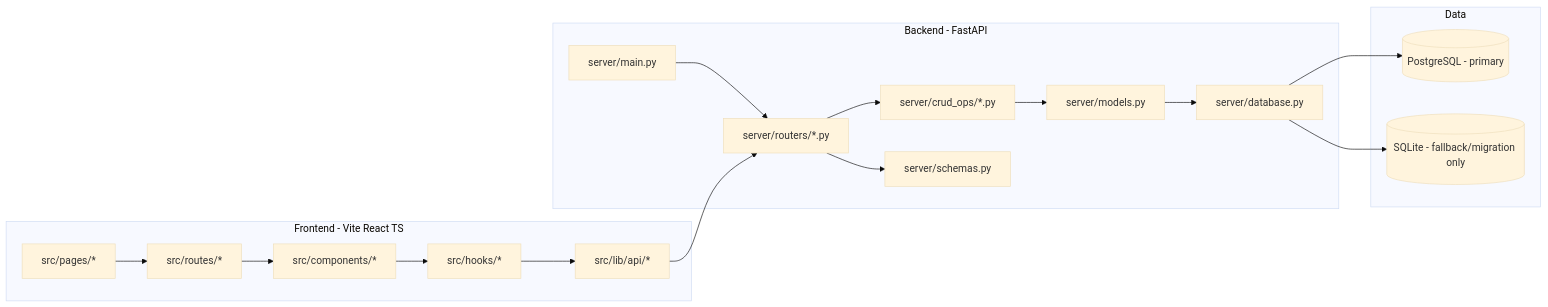
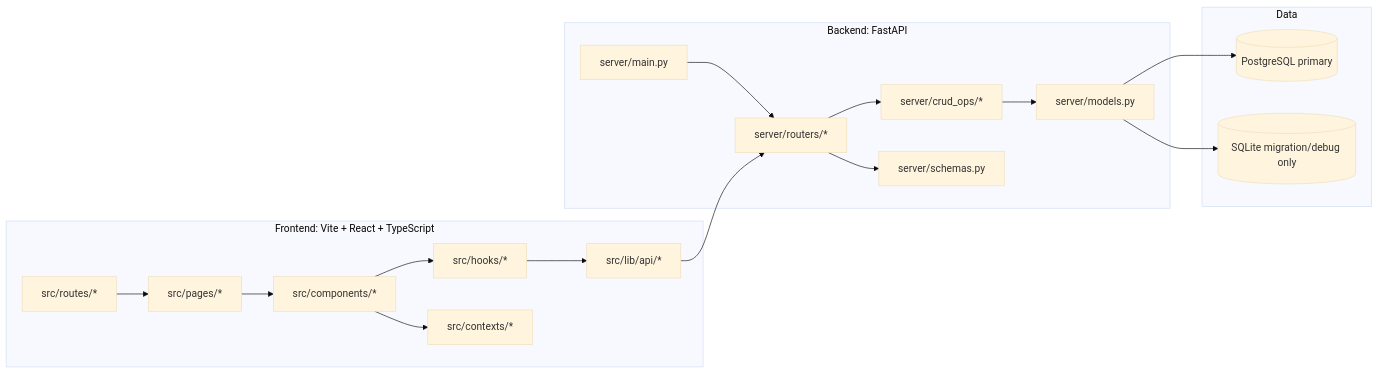
One commit to Shawn-csy/write_project changed the first of 2 diagrams in docs/product/architecture.md. Above: the diagram before and after it, drawn with Mermaid (base theme). The commit also changed other lines of this file and 6 other files, not shown here.

````diff
--- a/docs/product/architecture.md
+++ b/docs/product/architecture.md
@@ -7,37 +7,33 @@
 ```mermaid
 flowchart LR
-  subgraph FE[Frontend - Vite React TS]
+  subgraph FE[Frontend: Vite + React + TypeScript]
+    ROUTES[src/routes/*]
     PAGES[src/pages/*]
-    ROUTES[src/routes/*]
     COMPONENTS[src/components/*]
     HOOKS[src/hooks/*]
+    CONTEXTS[src/contexts/*]
     API[src/lib/api/*]
-    PAGES --> ROUTES
-    ROUTES --> COMPONENTS
-    COMPONENTS --> HOOKS
+    ROUTES --> PAGES --> COMPONENTS --> HOOKS
+    COMPONENTS --> CONTEXTS
     HOOKS --> API
   end
 
-  subgraph BE[Backend - FastAPI]
+  subgraph BE[Backend: FastAPI]
     MAIN[server/main.py]
-    ROUTERS[server/routers/*.py]
-    CRUD[server/crud_ops/*.py]
+    ROUTERS[server/routers/*]
+    CRUD[server/crud_ops/*]
     SCHEMAS[server/schemas.py]
     MODELS[server/models.py]
-    DB[server/database.py]
-    MAIN --> ROUTERS
-    ROUTERS --> CRUD
+    MAIN --> ROUTERS --> CRUD --> MODELS
     ROUTERS --> SCHEMAS
-    CRUD --> MODELS
-    MODELS --> DB
   end
 
-  subgraph DATA[Data]
-    POSTGRES[(PostgreSQL - primary)]
-    SQLITE[(SQLite - fallback/migration only)]
+  subgraph DB[Data]
+    PG[(PostgreSQL primary)]
+    SQLITE[(SQLite migration/debug only)]
   end
 
   API --> ROUTERS
-  DB --> POSTGRES
-  DB --> SQLITE
+  MODELS --> PG
+  MODELS --> SQLITE
 ```
````
